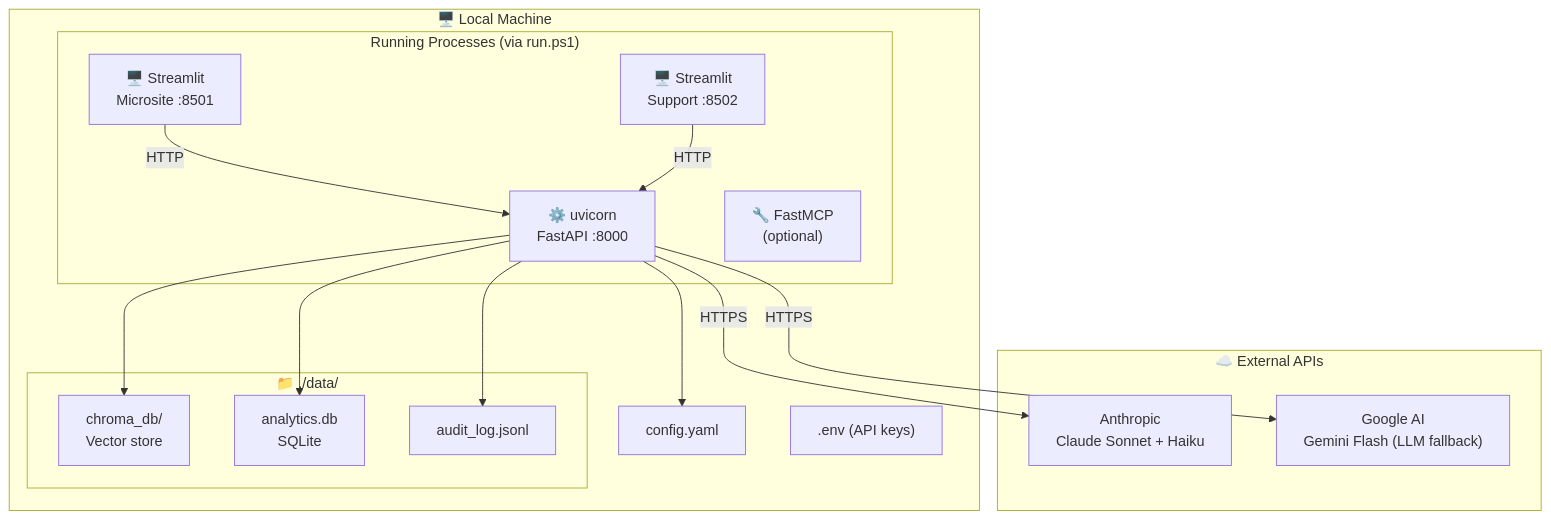
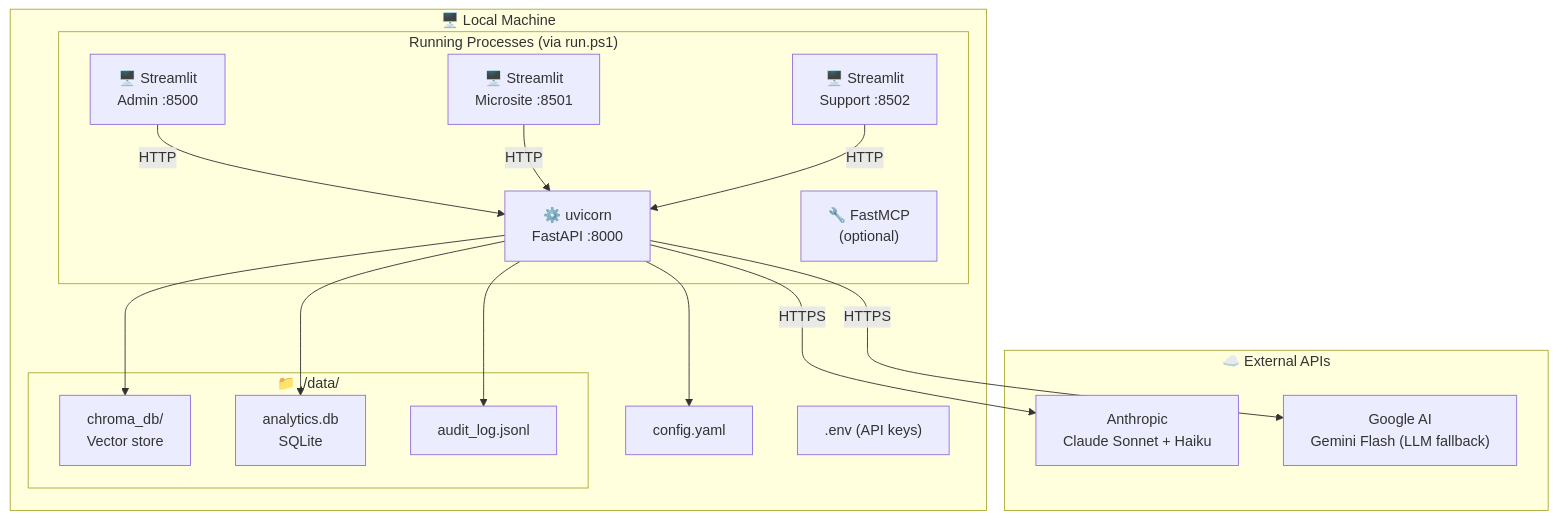
Before and after one commit to rajrkdev/ai-lab: the ninth of 11 diagrams in prd/docs/ARCHITECTURE.md, drawn with Mermaid. The commit also changed other lines of this file and 16 other files, not shown here.

First line of the commit message:
feat: add admin dashboard, collection management, and update diagrams

````diff
--- a/prd/docs/ARCHITECTURE.md
+++ b/prd/docs/ARCHITECTURE.md
@@ -583,34 +592,36 @@
 ```mermaid
 graph TB
     subgraph Server["🖥️ Local Machine"]
         subgraph Processes["Running Processes (via run.ps1)"]
             P1["⚙️ uvicorn<br/>FastAPI :8000"]
+            PA["🖥️ Streamlit<br/>Admin :8500"]
             P2["🖥️ Streamlit<br/>Microsite :8501"]
             P3["🖥️ Streamlit<br/>Support :8502"]
             P4["🔧 FastMCP<br/>(optional)"]
         end
 
         subgraph Storage["📁 ./data/"]
             S1["chroma_db/<br/>Vector store"]
             S2["analytics.db<br/>SQLite"]
             S3["audit_log.jsonl"]
         end
 
         CF["config.yaml"]
         ENV[".env (API keys)"]
     end
 
     subgraph Cloud["☁️ External APIs"]
         A["Anthropic<br/>Claude Sonnet + Haiku"]
         G["Google AI<br/>Gemini Flash (LLM fallback)"]
     end
 
+    PA -->|HTTP| P1
     P2 -->|HTTP| P1
     P3 -->|HTTP| P1
     P1 --> S1
     P1 --> S2
     P1 --> S3
     P1 --> CF
     P1 -->|HTTPS| A
     P1 -->|HTTPS| G
 ```
````
